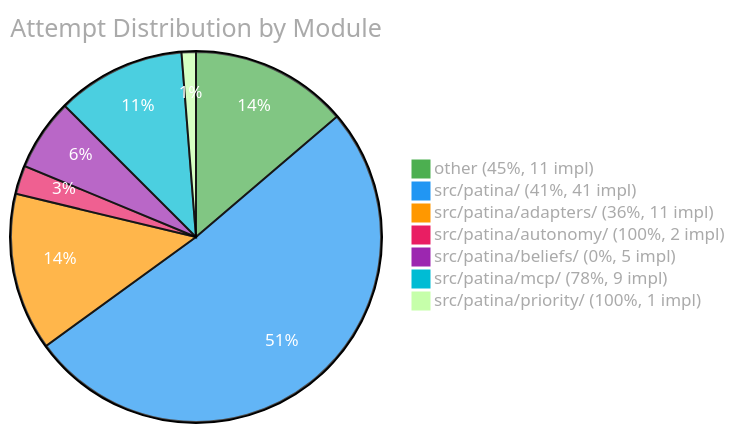
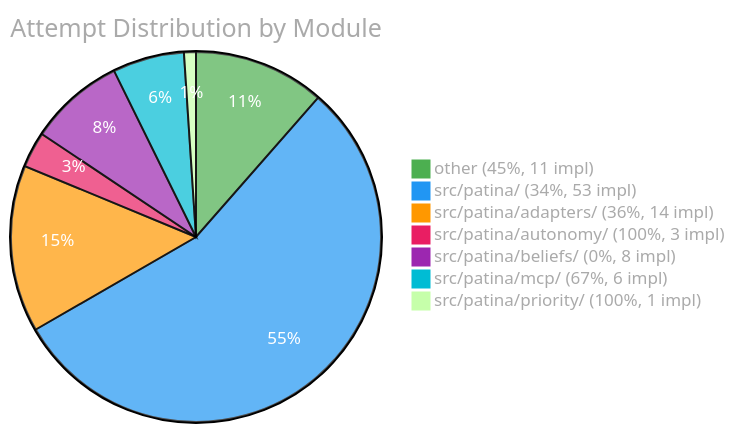
One commit to Sanctum-Origo-Systems/patina changed the third of 3 diagrams in EVAL.md. Above: the diagram before and after it, drawn with Mermaid. The commit also changed other lines of this file and 1 other file, not shown here.

````diff
--- a/EVAL.md
+++ b/EVAL.md
@@ -74,11 +79,11 @@
 ```mermaid
 %%{init: {'theme': 'base', 'themeVariables': {'pie1': '#4CAF50', 'pie2': '#2196F3', 'pie3': '#FF9800', 'pie4': '#E91E63', 'pie5': '#9C27B0', 'pie6': '#00BCD4', 'pieTitleTextColor': '#aaa', 'pieLegendTextColor': '#aaa', 'pieSectionTextColor': '#fff'}}}%%
 pie title Attempt Distribution by Module
     "other (45%, 11 impl)" : 11
-    "src/patina/ (41%, 41 impl)" : 41
-    "src/patina/adapters/ (36%, 11 impl)" : 11
-    "src/patina/autonomy/ (100%, 2 impl)" : 2
-    "src/patina/beliefs/ (0%, 5 impl)" : 5
-    "src/patina/mcp/ (78%, 9 impl)" : 9
+    "src/patina/ (34%, 53 impl)" : 53
+    "src/patina/adapters/ (36%, 14 impl)" : 14
+    "src/patina/autonomy/ (100%, 3 impl)" : 3
+    "src/patina/beliefs/ (0%, 8 impl)" : 8
+    "src/patina/mcp/ (67%, 6 impl)" : 6
     "src/patina/priority/ (100%, 1 impl)" : 1
 ```
````
